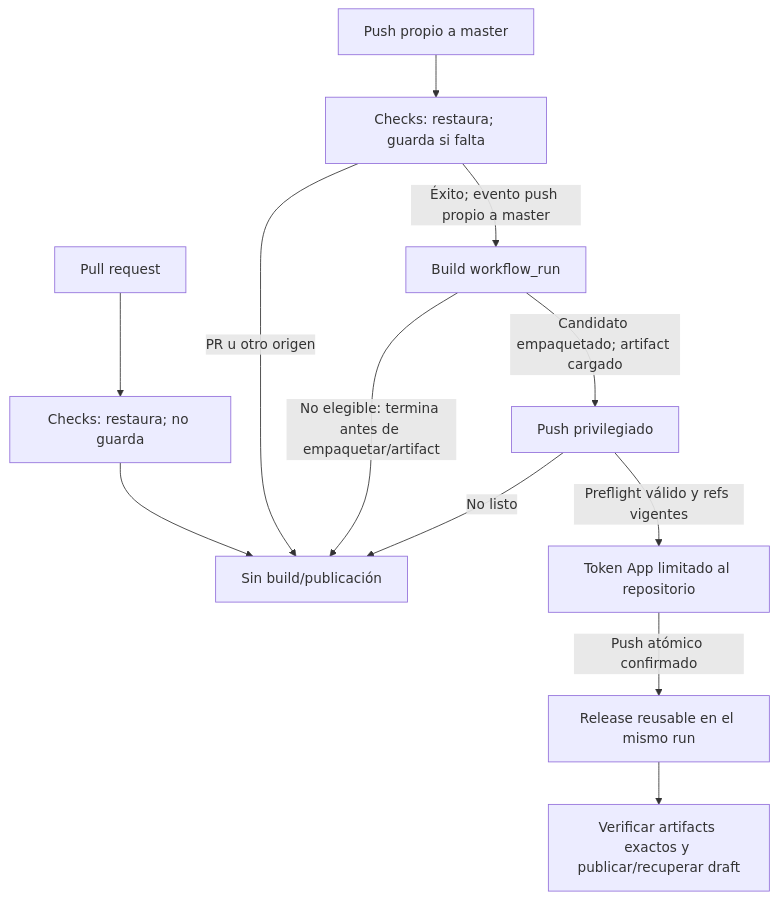
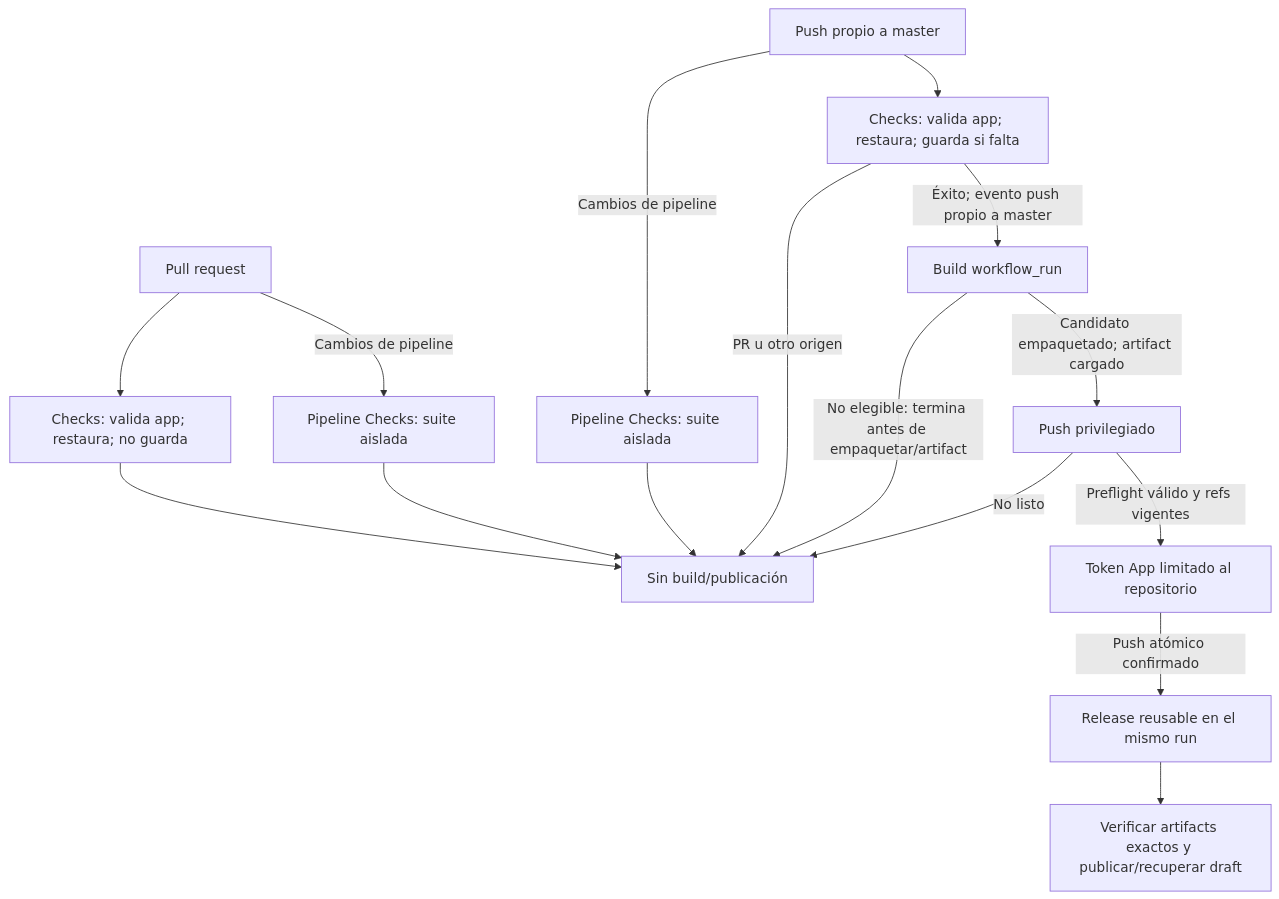
Before and after one commit to atlasfoo/mcp-relayd: the first of 5 diagrams in docs/actions-flow.md, drawn with Mermaid. The commit also changed other lines of this file and 24 other files, not shown here.

````diff
--- a/docs/actions-flow.md
+++ b/docs/actions-flow.md
@@ -10,14 +11,18 @@
 ```mermaid
 flowchart TD
-    PR[Pull request] --> CPR[Checks: restaura; no guarda]
-    PUSH[Push propio a master] --> CMP[Checks: restaura; guarda si falta]
+    PR[Pull request] --> CPR[Checks: valida app; restaura; no guarda]
+    PR -->|Cambios de pipeline| PCR[Pipeline Checks: suite aislada]
+    PUSH[Push propio a master] --> CMP[Checks: valida app; restaura; guarda si falta]
+    PUSH -->|Cambios de pipeline| PCP[Pipeline Checks: suite aislada]
     CMP -->|Éxito; evento push propio a master| BUILD[Build workflow_run]
     CPR --> END[Sin build/publicación]
+    PCR --> END
+    PCP --> END
     CMP -->|PR u otro origen| END
     BUILD -->|Candidato empaquetado; artifact cargado| PUSHJOB[Push privilegiado]
     BUILD -->|No elegible: termina antes de empaquetar/artifact| END
     PUSHJOB -->|Preflight válido y refs vigentes| APP[Token App limitado al repositorio]
     PUSHJOB -->|No listo| END
     APP -->|Push atómico confirmado| RELEASE[Release reusable en el mismo run]
     RELEASE --> PUBLISH[Verificar artifacts exactos y publicar/recuperar draft]
 ```
````
